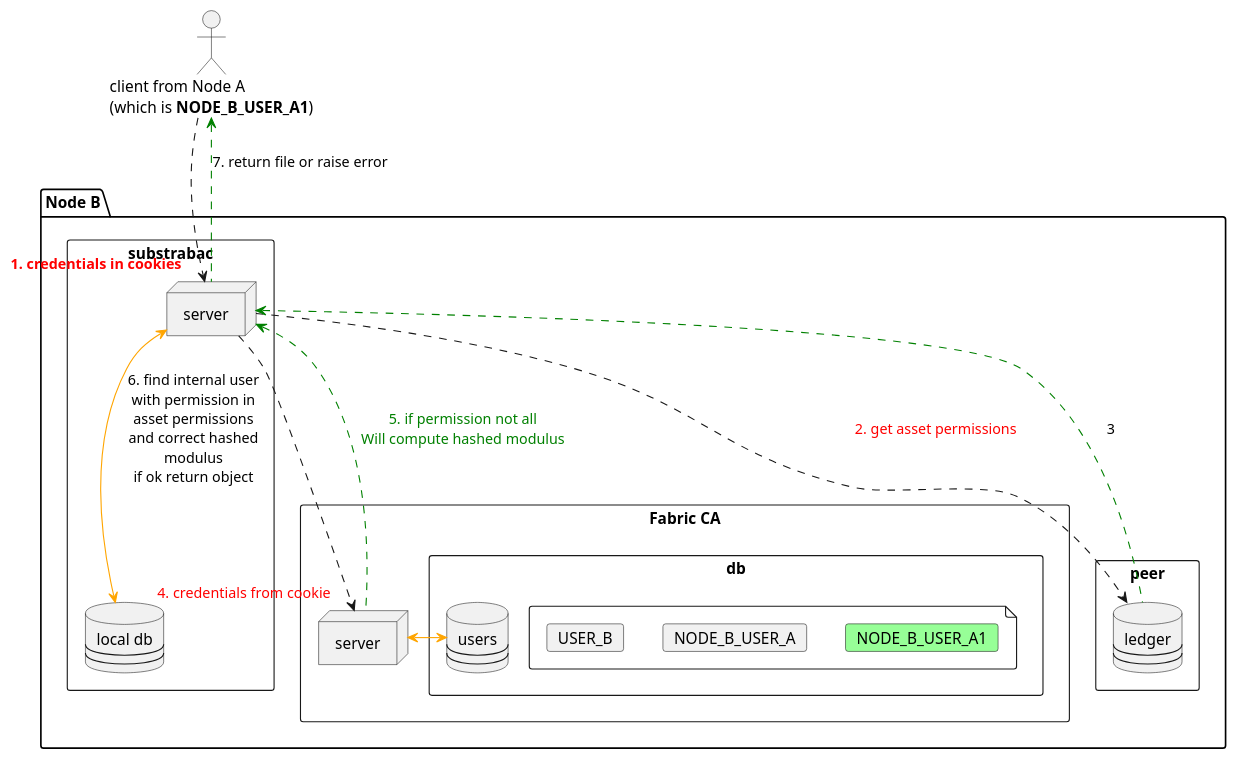
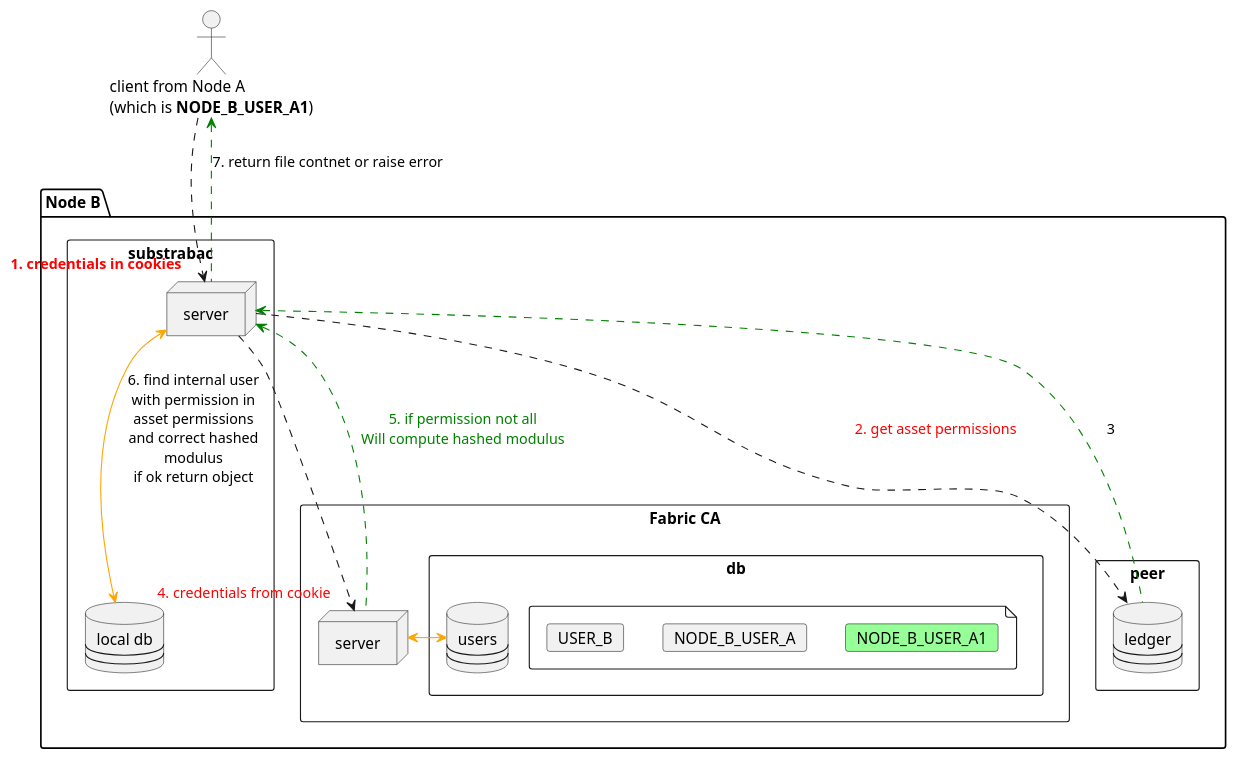
The diagram in doc/download/download.puml (Substra/hlf-k8s), drawn with PlantUML before and after one commit. The commit also changed 5 other files, not shown here.

```diff
--- a/doc/download/download.puml
+++ b/doc/download/download.puml
@@ -1,61 +1,61 @@
 @startuml
 
 skinparam shadowing false
 
 
 package "Node B" as nodeB {
    rectangle "peer" as peerB {
     database ledgerB [
       ledger
       ----
       ----
     ]
   }
   rectangle "substrabac" as substrabacB {
     database localdbB [
       local db
       ----
       ----
     ]
     node server as djangoB
   }
   rectangle "Fabric CA" as fcaB {
     rectangle db as fcadbB {
         database usersB [
             users
             ----
             ----
         ]
         file {
             card USER_B
             card NODE_B_USER_A
             card NODE_B_USER_A1 #PHYSICAL
         }
     }
     node server as fcaserverB
   }
 }
 
 actor "client from Node A\n(which is <b>NODE_B_USER_A1</b>)" as client
 
 USER_B -[hidden]r- NODE_B_USER_A
 NODE_B_USER_A -[hidden]r- NODE_B_USER_A1
 
 fcaserverB <-[#orange]> usersB
 
 client .> djangoB: " " "<font color=red><b>1. credentials in cookies</b></font>"
 
 djangoB .> ledgerB: <font color=red>2. get asset permissions</font>
 djangoB <.[#green]. ledgerB: 3
 
 djangoB .> fcaserverB: " " "<font color=red>4. credentials from cookie</font>"
 djangoB <.[#green]. fcaserverB: <font color=green>5. if permission not all</font>\n<font color=green>Will compute hashed modulus</font>
 
 djangoB <--[#orange]> localdbB: 6. find internal user\nwith permission in\nasset permissions\nand correct hashed\nmodulus\nif ok return object
 
-client <.[#green]. djangoB: 7. return file or raise error
+client <.[#green]. djangoB: 7. return file contnet or raise error
 
 
 
 
 @enduml
```
